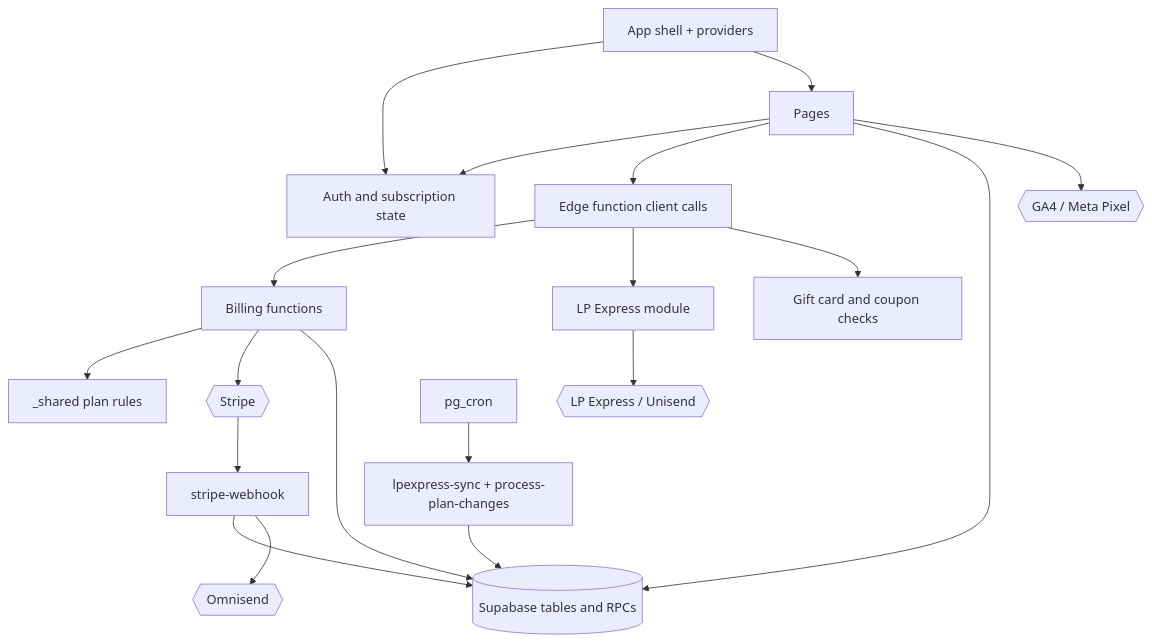
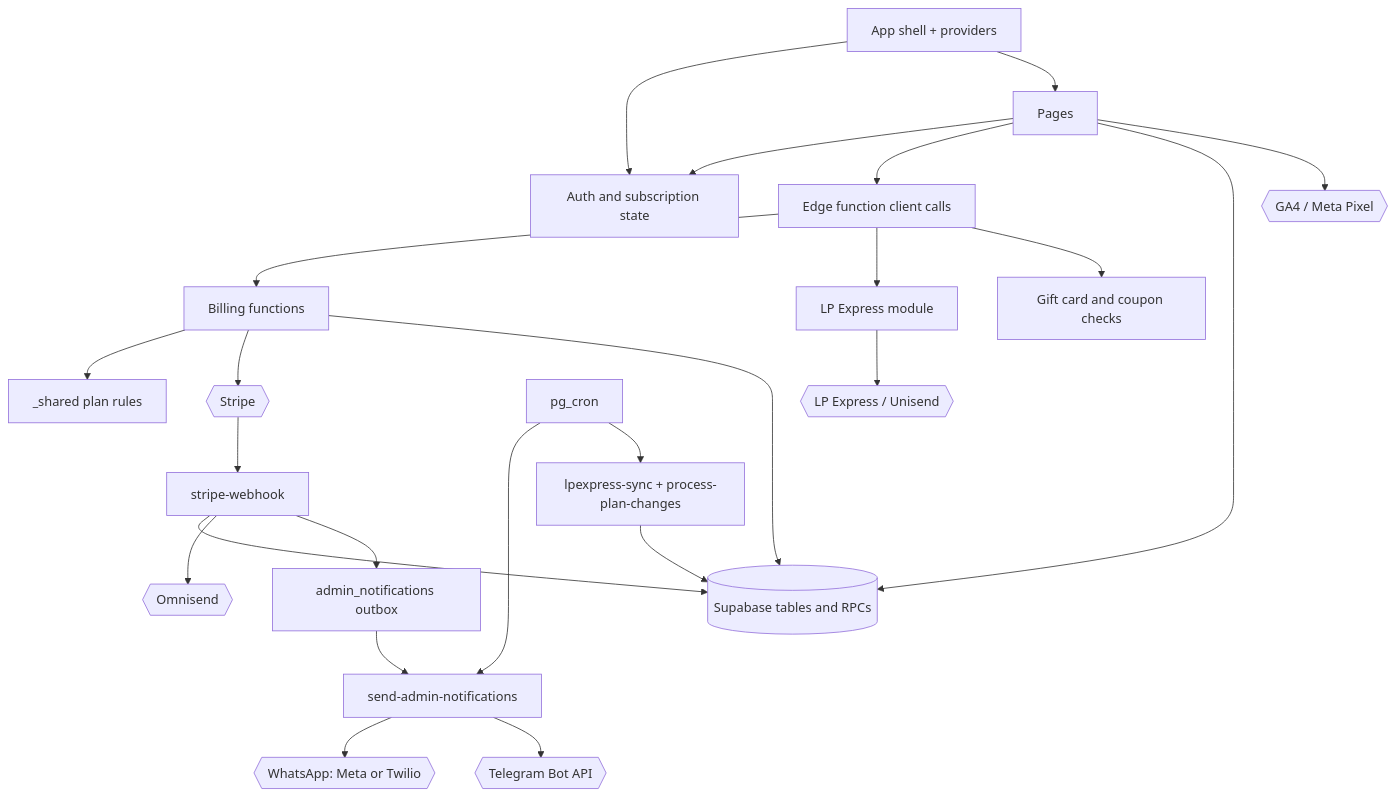
One commit to dzekuza/bricktime changed the diagram in obsidian/architecture/codebase-map.md. Above: the diagram before and after it, drawn with Mermaid. The commit also changed other lines of this file and 8 other files, not shown here.

Commit message:
docs: update obsidian architecture notes, status and session log

````diff
--- a/obsidian/architecture/codebase-map.md
+++ b/obsidian/architecture/codebase-map.md
@@ -11,21 +11,26 @@
 ```mermaid
 flowchart TD
   Shell[App shell + providers] --> State[Auth and subscription state]
   Shell --> Pages[Pages]
   Pages --> State
   Pages --> Fn[Edge function client calls]
   Pages --> DB[(Supabase tables and RPCs)]
   Fn --> Billing[Billing functions]
   Fn --> Courier[LP Express module]
   Fn --> Gift[Gift card and coupon checks]
   Billing --> Shared[_shared plan rules]
   Billing --> Stripe{{Stripe}}
   Stripe --> Hook[stripe-webhook]
   Hook --> DB
   Hook --> Omni{{Omnisend}}
+  Hook --> Outbox[admin_notifications outbox]
+  Cron --> Drain[send-admin-notifications]
+  Outbox --> Drain
+  Drain --> WA{{WhatsApp: Meta or Twilio}}
+  Drain --> TG{{Telegram Bot API}}
   Courier --> LP{{LP Express / Unisend}}
   Cron[pg_cron] --> Sync[lpexpress-sync + process-plan-changes]
   Sync --> DB
   Billing --> DB
   Pages --> GA{{GA4 / Meta Pixel}}
 ```
````
